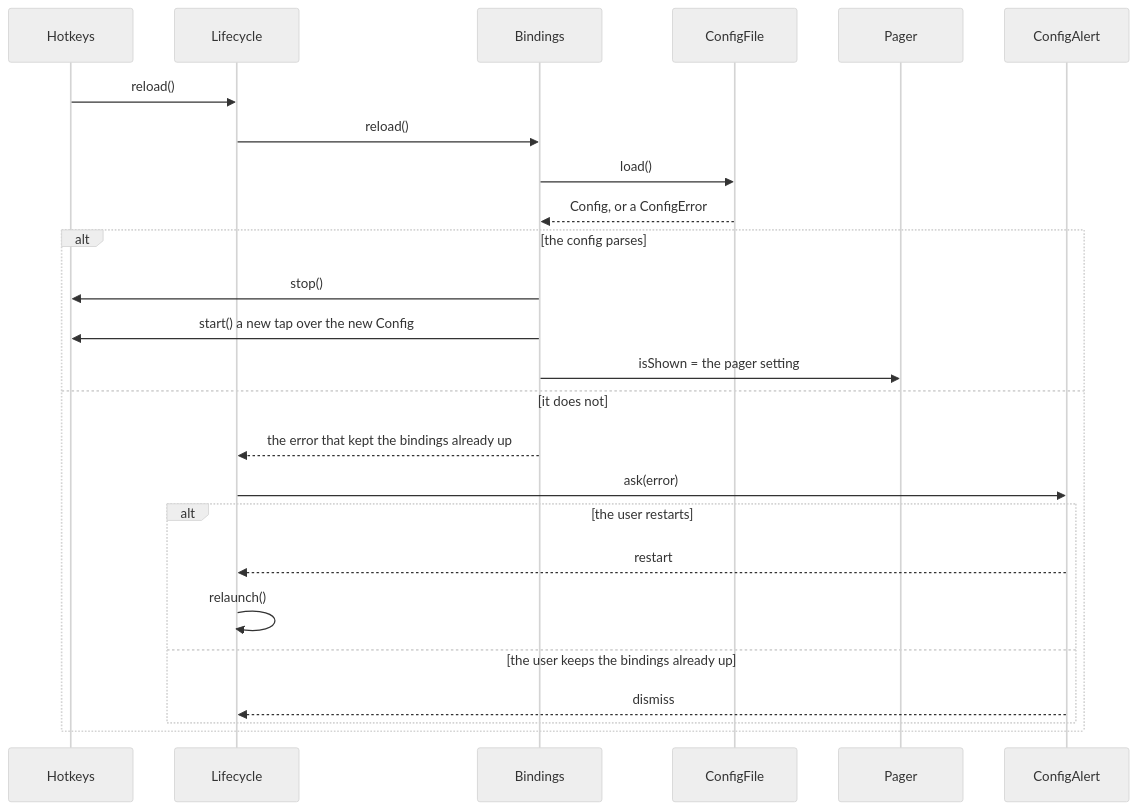
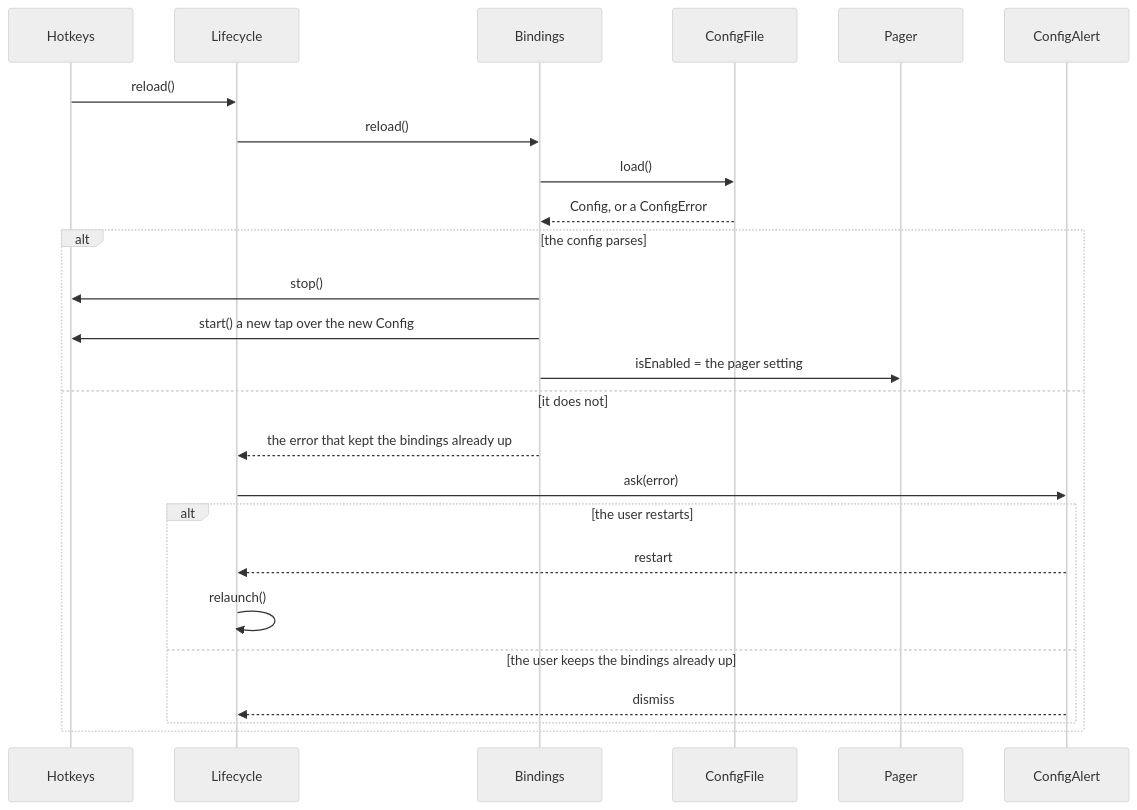
One commit to brennovich/ottowm changed diagram 15 of 20 in ARCHITECTURE.md. Above: the diagram before and after it, drawn with Mermaid (neutral theme). The commit also changed other lines of this file and 30 other files, not shown here.

````diff
--- a/ARCHITECTURE.md
+++ b/ARCHITECTURE.md
@@ -396,21 +396,21 @@
 ```mermaid
 sequenceDiagram
     Hotkeys->>Lifecycle: reload()
     Lifecycle->>Bindings: reload()
     Bindings->>ConfigFile: load()
     ConfigFile-->>Bindings: Config, or a ConfigError
     alt the config parses
         Bindings->>Hotkeys: stop()
         Bindings->>Hotkeys: start() a new tap over the new Config
-        Bindings->>Pager: isShown = the pager setting
+        Bindings->>Pager: isEnabled = the pager setting
     else it does not
         Bindings-->>Lifecycle: the error that kept the bindings already up
         Lifecycle->>ConfigAlert: ask(error)
         alt the user restarts
             ConfigAlert-->>Lifecycle: restart
             Lifecycle->>Lifecycle: relaunch()
         else the user keeps the bindings already up
             ConfigAlert-->>Lifecycle: dismiss
         end
     end
 ```
````
